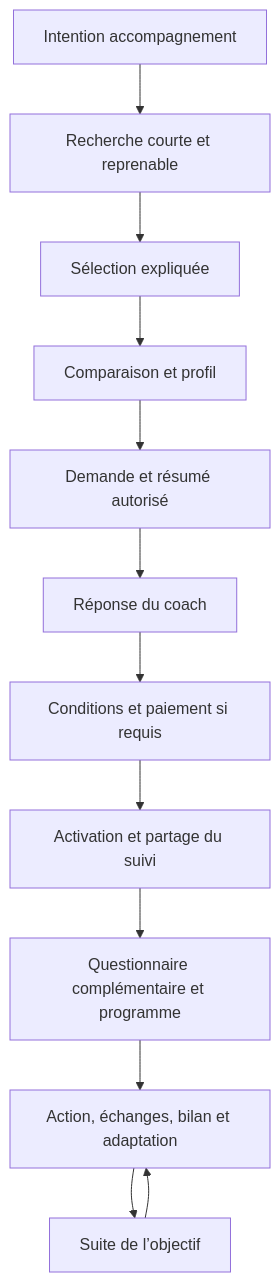
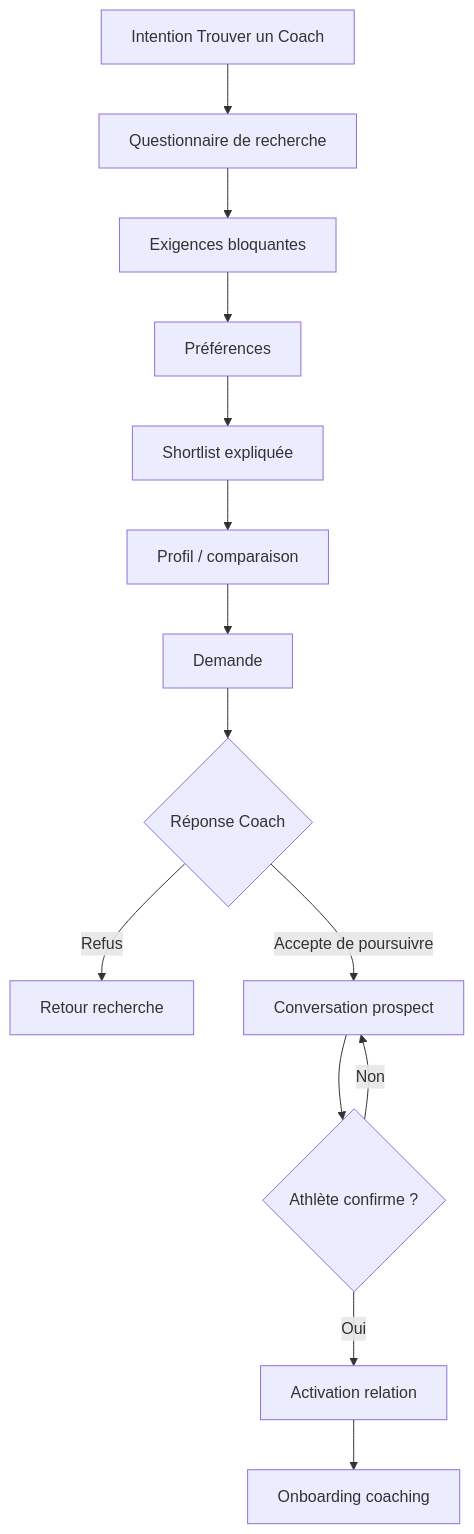
The third of 5 diagrams in docs/CARTE_PRODUIT.md (Jayvy2002/prometheus-tracker-app), drawn with Mermaid before and after one commit. The commit also changed other lines of this file, not shown here.

````diff
--- a/docs/CARTE_PRODUIT.md
+++ b/docs/CARTE_PRODUIT.md
@@ -130,14 +141,16 @@
 ```mermaid
 flowchart TD
-  A["Intention accompagnement"] --> B["Recherche courte et reprenable"]
-  B --> C["Sélection expliquée"]
-  C --> D["Comparaison et profil"]
-  D --> E["Demande et résumé autorisé"]
-  E --> F["Réponse du coach"]
-  F --> G["Conditions et paiement si requis"]
-  G --> H["Activation et partage du suivi"]
-  H --> I["Questionnaire complémentaire et programme"]
-  I --> J["Action, échanges, bilan et adaptation"]
-  J --> K["Suite de l’objectif"]
-  K --> J
+  A[Intention Trouver un Coach] --> B[Questionnaire de recherche]
+  B --> C[Exigences bloquantes]
+  C --> D[Préférences]
+  D --> E[Shortlist expliquée]
+  E --> F[Profil / comparaison]
+  F --> G[Demande]
+  G --> H{Réponse Coach}
+  H -->|Refus| I[Retour recherche]
+  H -->|Accepte de poursuivre| J[Conversation prospect]
+  J --> K{Athlète confirme ?}
+  K -->|Non| J
+  K -->|Oui| L[Activation relation]
+  L --> M[Onboarding coaching]
 ```
````
